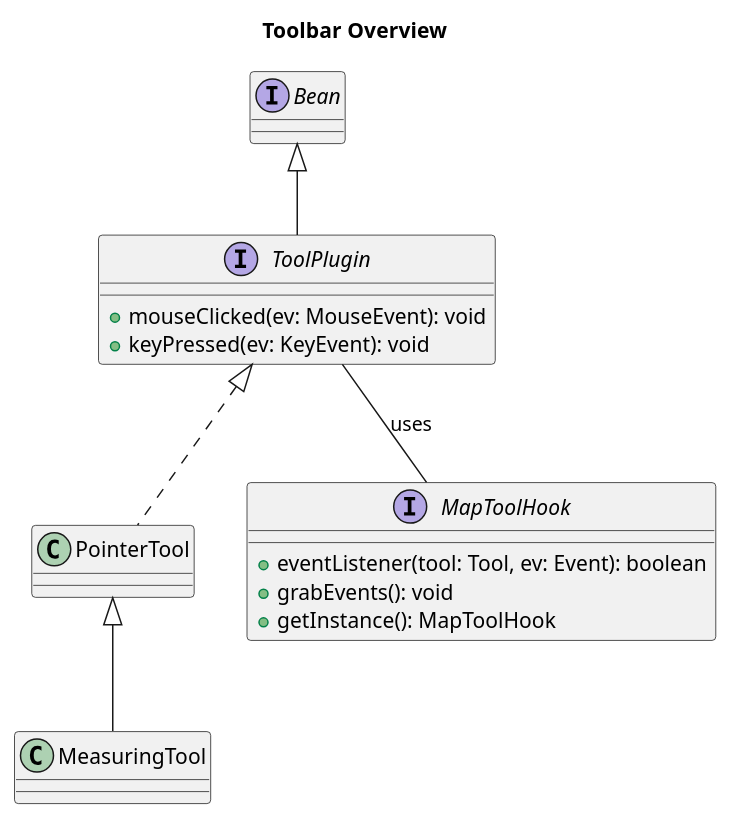
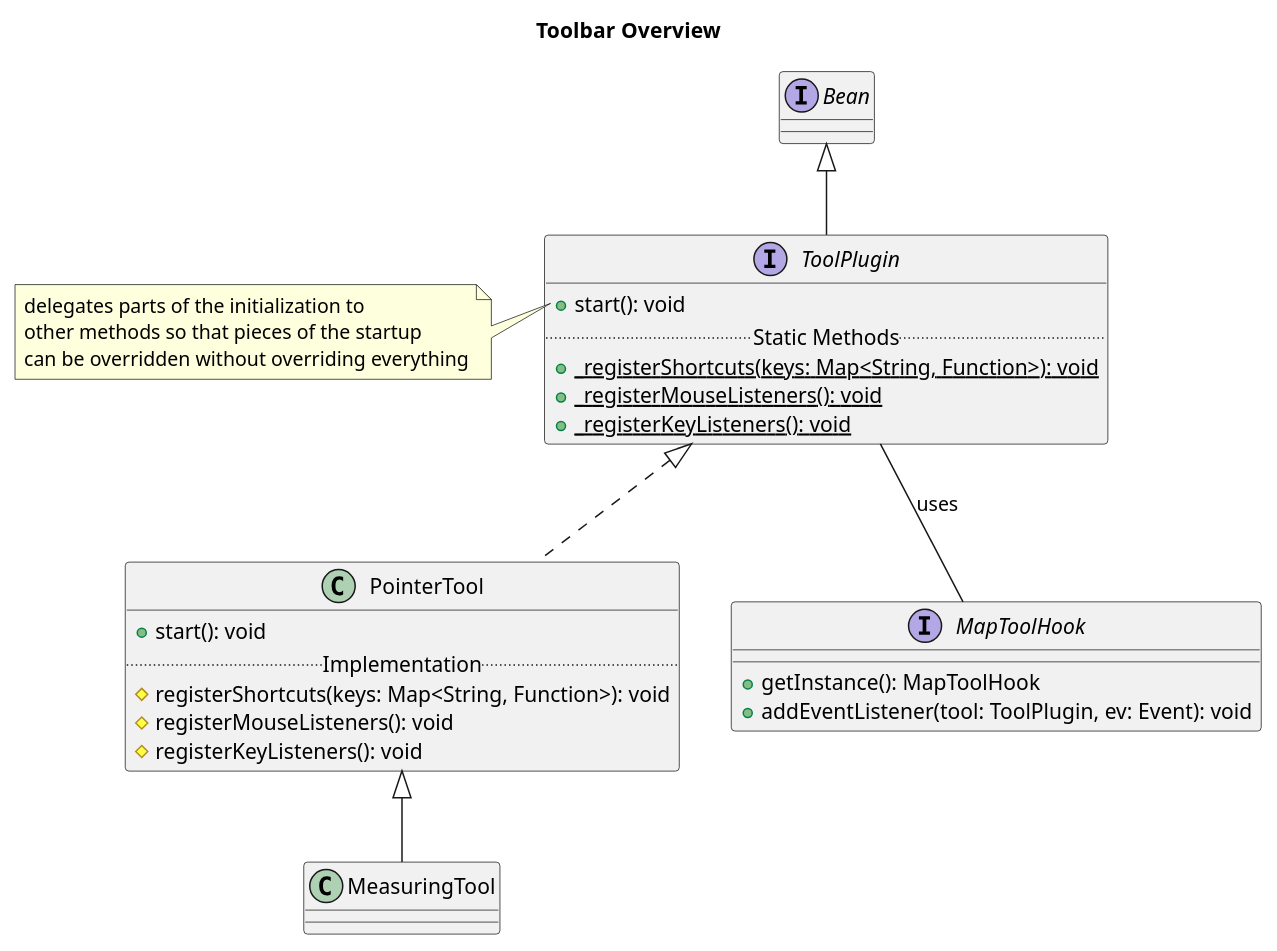
The first of 3 diagrams in Tools.adoc (Azhrei/toolbar-design), drawn with PlantUML before and after one commit. The commit also changed other lines of this file and 3 other files, not shown here.

```diff
--- a/Tools.adoc
+++ b/Tools.adoc
@@ -21,23 +44,36 @@
 [plantuml, toolbar-overview]
 ....
 title "Toolbar Overview"
 
 interface ToolPlugin extends Bean {
-    +mouseClicked(ev: MouseEvent): void
-    +keyPressed(ev: KeyEvent): void
+    +start(): void
+    ..Static Methods..
+    + {static} _registerShortcuts(keys: Map<String, Function>): void
+    + {static} _registerMouseListeners(): void
+    + {static} _registerKeyListeners(): void
 }
 
+note left of ToolPlugin::start
+  delegates parts of the initialization to
+  other methods so that pieces of the startup
+  can be overridden without overriding everything
+end note
+
 class PointerTool implements ToolPlugin {
+    +start(): void
+    ..Implementation..
+    #registerShortcuts(keys: Map<String, Function>): void
+    #registerMouseListeners(): void
+    #registerKeyListeners(): void
 }
 
 class MeasuringTool extends PointerTool {
 }
 
 interface MapToolHook {
-    +eventListener(tool: Tool, ev: Event): boolean
-    +grabEvents(): void
     +getInstance(): MapToolHook
+    +addEventListener(tool: ToolPlugin, ev: Event): void
 }
 
 ToolPlugin -- MapToolHook : uses
 ....
```
